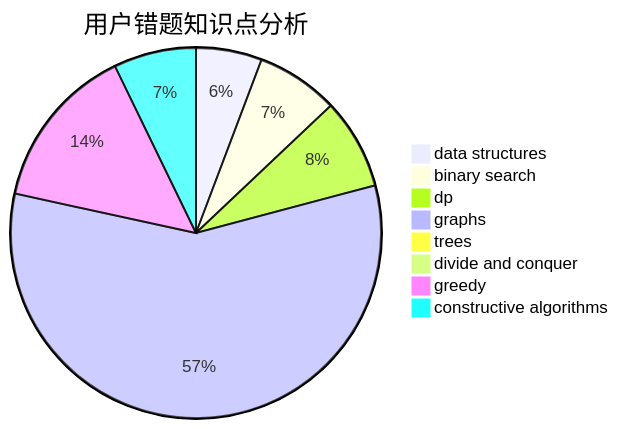
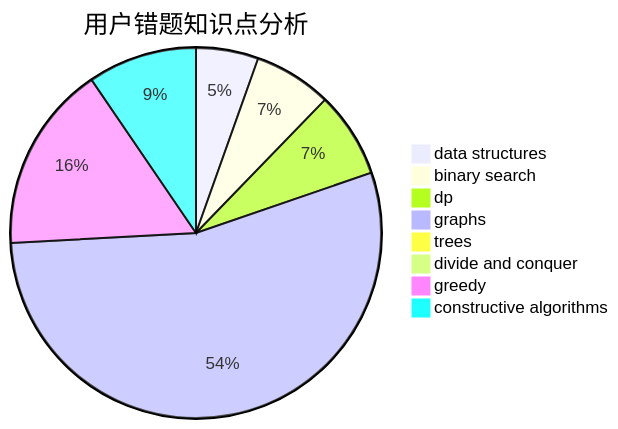
Before and after one commit to sherpahu/cfrs.github.io: the third of 3 diagrams in docs/user/u102.md, drawn with Mermaid. The commit also changed other lines of this file and 2770 other files, not shown here.

````diff
--- a/docs/user/u102.md
+++ b/docs/user/u102.md
@@ -36,11 +36,11 @@
 ```mermaid
 pie title 用户错题知识点分析
     "data structures" :  8
     "binary search" :  10
     "dp" :  11
     "graphs" :  80
     "trees" :  1
     "divide and conquer" :  1
-    "greedy" :  20
-    "constructive algorithms" :  10
+    "greedy" :  24
+    "constructive algorithms" :  14
 ```
````
